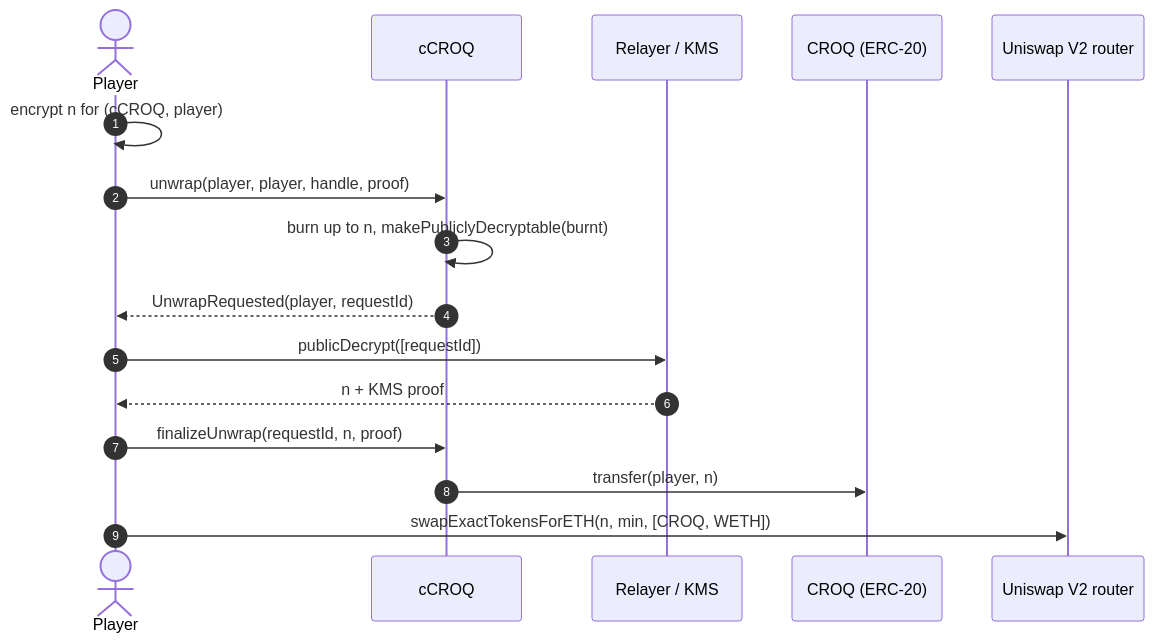
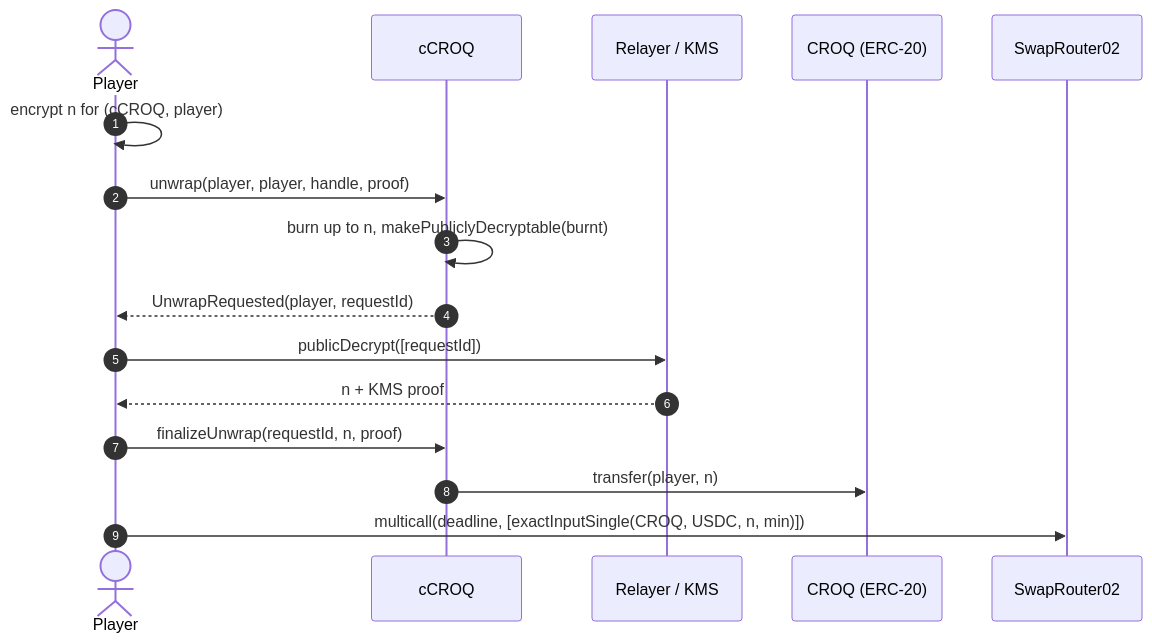
Diagram 19 of 24 in docs/FLOWS.md (jecombe/do_not_open), drawn with Mermaid before and after one commit. The commit also changed other lines of this file and 58 other files, not shown here.

Commit message:
Open the CROQ market as a CROQ-only Uniswap V3 position locked for good, and redeploy the collection on Sepolia

````diff
--- a/docs/FLOWS.md
+++ b/docs/FLOWS.md
@@ -580,18 +587,18 @@
 ```mermaid
 sequenceDiagram
   autonumber
   actor P as Player
   participant W as cCROQ
   participant R as Relayer / KMS
   participant C as CROQ (ERC-20)
-  participant U as Uniswap V2 router
+  participant U as SwapRouter02
   P->>P: encrypt n for (cCROQ, player)
   P->>W: unwrap(player, player, handle, proof)
   W->>W: burn up to n, makePubliclyDecryptable(burnt)
   W-->>P: UnwrapRequested(player, requestId)
   P->>R: publicDecrypt([requestId])
   R-->>P: n + KMS proof
   P->>W: finalizeUnwrap(requestId, n, proof)
   W->>C: transfer(player, n)
-  P->>U: swapExactTokensForETH(n, min, [CROQ, WETH])
+  P->>U: multicall(deadline, [exactInputSingle(CROQ, USDC, n, min)])
 ```
````
